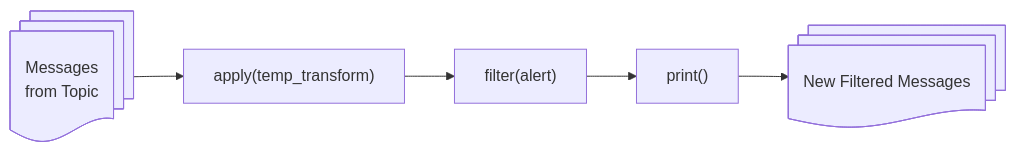
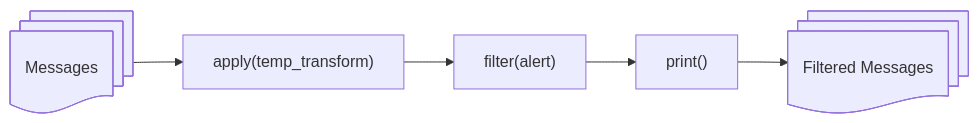
The fourth of 5 diagrams in kafka.md (rolandmueller/bigdata), drawn with Mermaid before and after one commit.

Commit message:
Update Kafka documentation to clarify message labeling in diagrams

````diff
--- a/kafka.md
+++ b/kafka.md
@@ -315,7 +315,7 @@
 ```mermaid
 graph LR
-  m@{ shape: docs, label: "Messages\nfrom Topic"} --> f1["apply(temp_transform)"]
+  m@{ shape: docs, label: "Messages"} --> f1["apply(temp_transform)"]
   f1 --> f2["filter(alert)"]
   f2 --> f3["print()"]
-  f3 --> m2@{ shape: docs, label: "New Filtered Messages"}
+  f3 --> m2@{ shape: docs, label: "Filtered Messages"}
 ```
````
